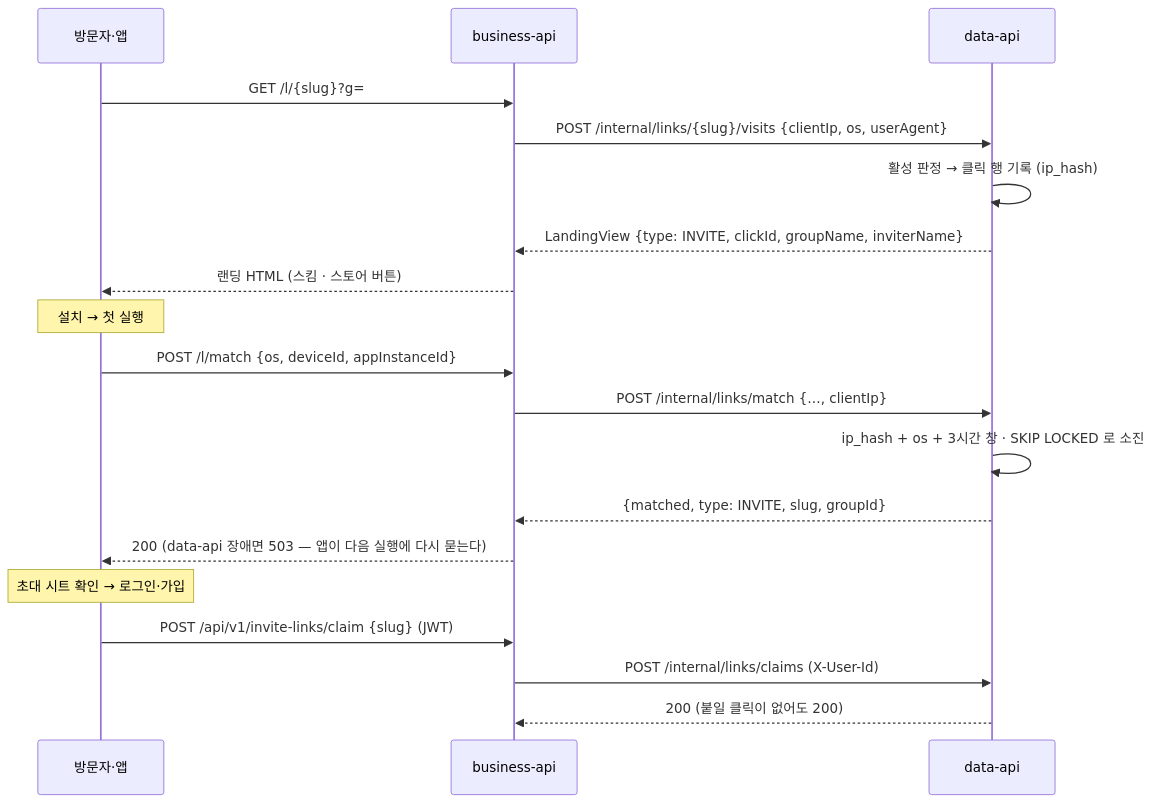
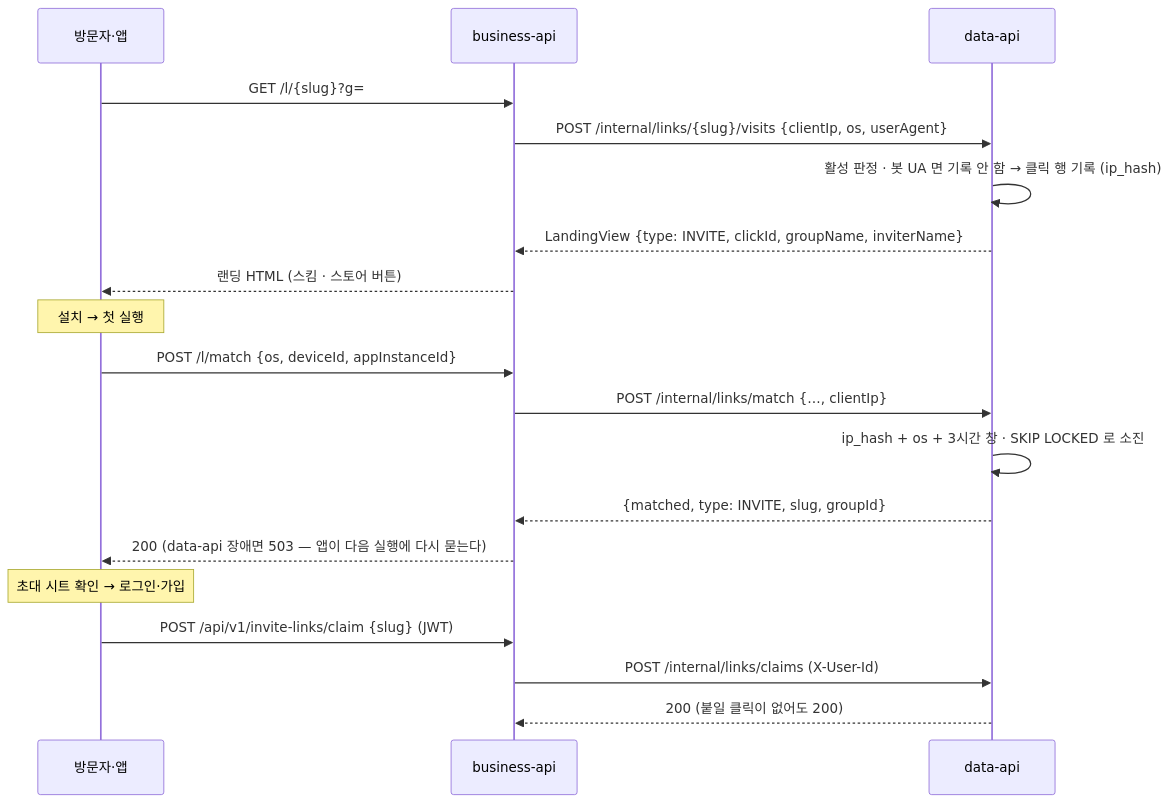
One commit to OneOrThree/phone changed the second of 4 diagrams in docs/prd/link-attribution/high-level-design.md. Above: the diagram before and after it, drawn with Mermaid. The commit also changed other lines of this file and 4 other files, not shown here.

````diff
--- a/docs/prd/link-attribution/high-level-design.md
+++ b/docs/prd/link-attribution/high-level-design.md
@@ -55,21 +55,21 @@
 ```mermaid
 sequenceDiagram
   participant U as 방문자·앱
   participant B as business-api
   participant D as data-api
   U->>B: GET /l/{slug}?g=
   B->>D: POST /internal/links/{slug}/visits {clientIp, os, userAgent}
-  D->>D: 활성 판정 → 클릭 행 기록 (ip_hash)
+  D->>D: 활성 판정 · 봇 UA 면 기록 안 함 → 클릭 행 기록 (ip_hash)
   D-->>B: LandingView {type: INVITE, clickId, groupName, inviterName}
   B-->>U: 랜딩 HTML (스킴 · 스토어 버튼)
   Note over U: 설치 → 첫 실행
   U->>B: POST /l/match {os, deviceId, appInstanceId}
   B->>D: POST /internal/links/match {…, clientIp}
   D->>D: ip_hash + os + 3시간 창 · SKIP LOCKED 로 소진
   D-->>B: {matched, type: INVITE, slug, groupId}
   B-->>U: 200 (data-api 장애면 503 — 앱이 다음 실행에 다시 묻는다)
   Note over U: 초대 시트 확인 → 로그인·가입
   U->>B: POST /api/v1/invite-links/claim {slug} (JWT)
   B->>D: POST /internal/links/claims (X-User-Id)
   D-->>B: 200 (붙일 클릭이 없어도 200)
 ```
````
